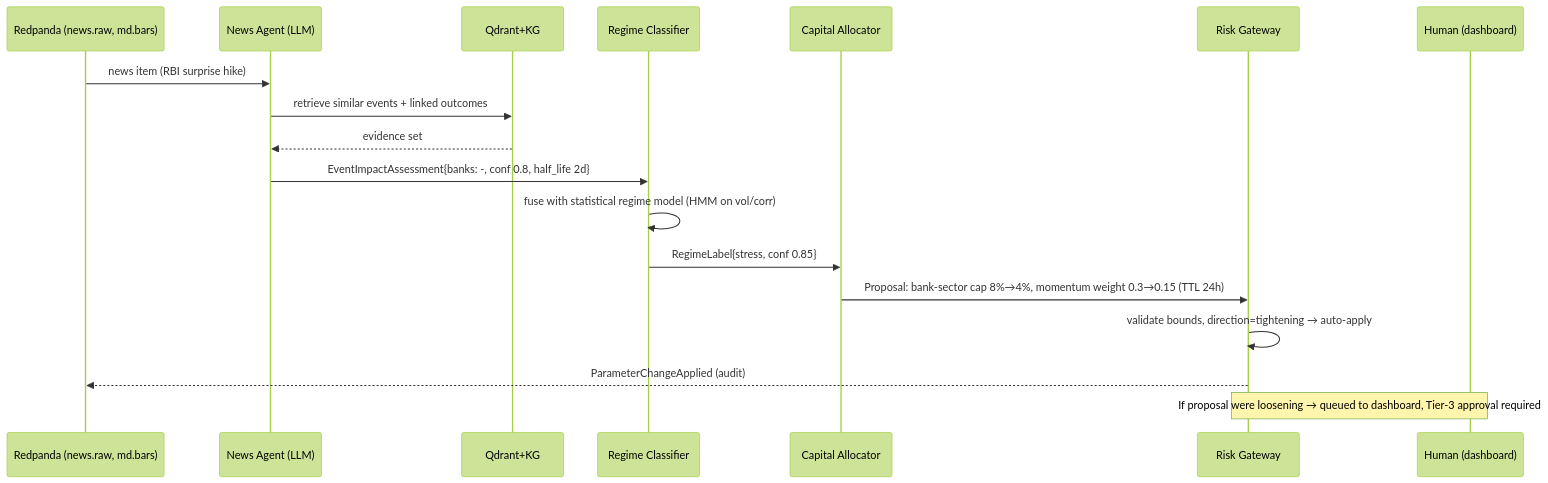
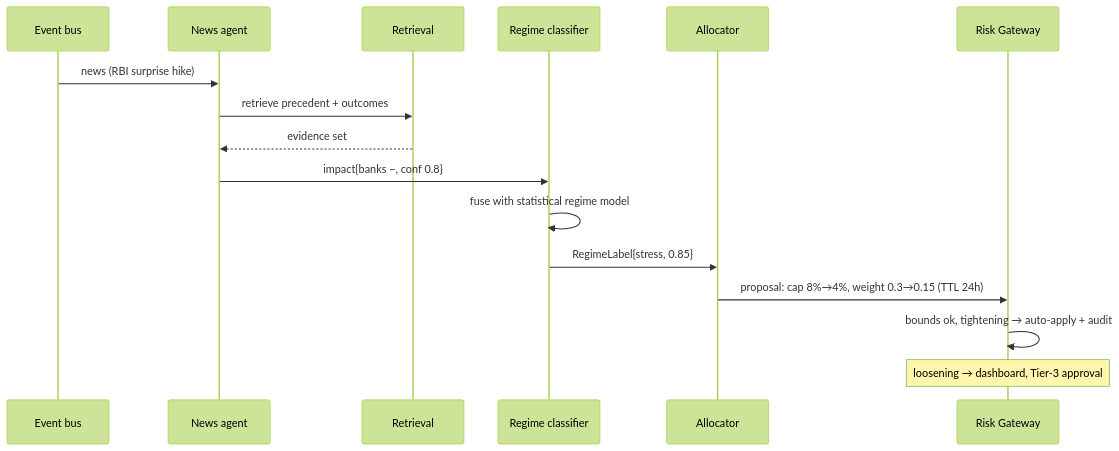
One commit to abrar99966/Multi-Agent-Enterprise-Trading-Bot changed the sixth of 7 diagrams in docs/ARCHITECTURE.md. Above: the diagram before and after it, drawn with Mermaid (forest theme). The commit also changed other lines of this file, not shown here.

First line of the commit message:
docs: final professional polish of ARCHITECTURE.md

````diff
--- a/docs/ARCHITECTURE.md
+++ b/docs/ARCHITECTURE.md
@@ -586,20 +493,18 @@
 ```mermaid
 sequenceDiagram
-    participant RP as Redpanda (news.raw, md.bars)
-    participant NA as News Agent (LLM)
-    participant KG as Qdrant+KG
-    participant RC as Regime Classifier
-    participant CA as Capital Allocator
+    participant RP as Event bus
+    participant NA as News agent
+    participant KG as Retrieval
+    participant RC as Regime classifier
+    participant CA as Allocator
     participant RG as Risk Gateway
-    participant H as Human (dashboard)
-    RP->>NA: news item (RBI surprise hike)
-    NA->>KG: retrieve similar events + linked outcomes
+    RP->>NA: news (RBI surprise hike)
+    NA->>KG: retrieve precedent + outcomes
     KG-->>NA: evidence set
-    NA->>RC: EventImpactAssessment{banks: -, conf 0.8, half_life 2d}
-    RC->>RC: fuse with statistical regime model (HMM on vol/corr)
-    RC->>CA: RegimeLabel{stress, conf 0.85}
-    CA->>RG: Proposal: bank-sector cap 8%→4%, momentum weight 0.3→0.15 (TTL 24h)
-    RG->>RG: validate bounds, direction=tightening → auto-apply
-    RG-->>RP: ParameterChangeApplied (audit)
-    Note over RG,H: If proposal were loosening → queued to dashboard, Tier-3 approval required
+    NA->>RC: impact{banks −, conf 0.8}
+    RC->>RC: fuse with statistical regime model
+    RC->>CA: RegimeLabel{stress, 0.85}
+    CA->>RG: proposal: cap 8%→4%, weight 0.3→0.15 (TTL 24h)
+    RG->>RG: bounds ok, tightening → auto-apply + audit
+    Note over RG: loosening → dashboard, Tier-3 approval
 ```
````
